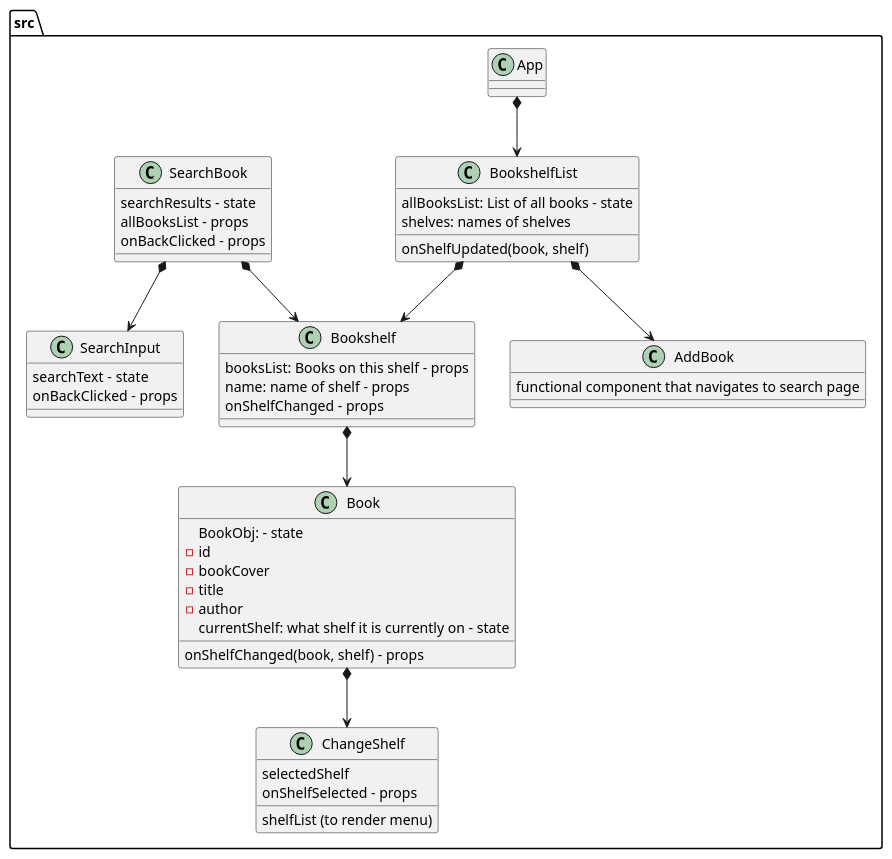
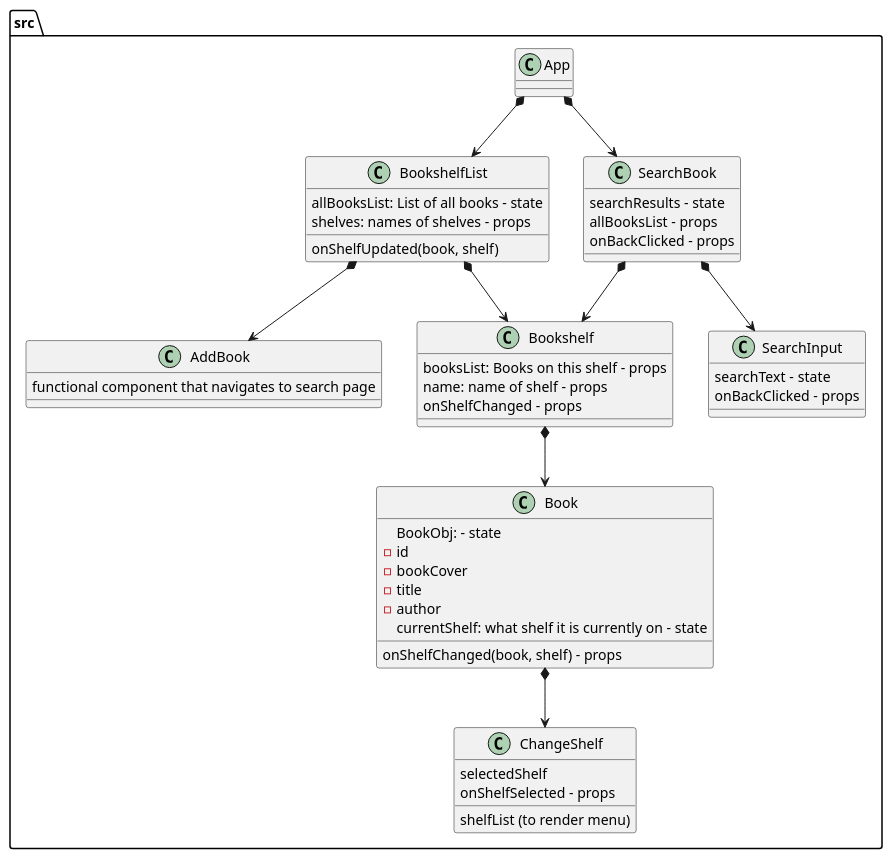
Before and after one commit to katsa9/MyReads: the diagram in SolutionDesign/SolutionDesign.wsd, drawn with PlantUML. The commit also changed 1 other file, not shown here.

```diff
--- a/SolutionDesign/SolutionDesign.wsd
+++ b/SolutionDesign/SolutionDesign.wsd
@@ -1,55 +1,56 @@
 @startuml myReads-solution-design
 
 package src {
   class App{
     
   }
   class BookshelfList{
     allBooksList: List of all books - state
     onShelfUpdated(book, shelf)
-    shelves: names of shelves
+    shelves: names of shelves - props
   }
   class Bookshelf{
     booksList: Books on this shelf - props
     name: name of shelf - props
     onShelfChanged - props
   }
   
   class Book{
     BookObj: - state
           -id
           -bookCover
           -title
           -author
     currentShelf: what shelf it is currently on - state
     onShelfChanged(book, shelf) - props
   }
   class ChangeShelf{
     shelfList (to render menu)
     selectedShelf
     onShelfSelected - props
   }
   class AddBook{
     functional component that navigates to search page
   }
   class SearchBook{
     searchResults - state
     allBooksList - props
     onBackClicked - props
   }
   class SearchInput{
     searchText - state
     onBackClicked - props
   }
 }
 
 App *--> BookshelfList
+App *--> SearchBook
 BookshelfList*--> Bookshelf
 Bookshelf *--> Book
 BookshelfList *--> AddBook
 Book *--> ChangeShelf
 SearchBook *--> SearchInput
 SearchBook *--> Bookshelf
 
 
 @enduml
```
